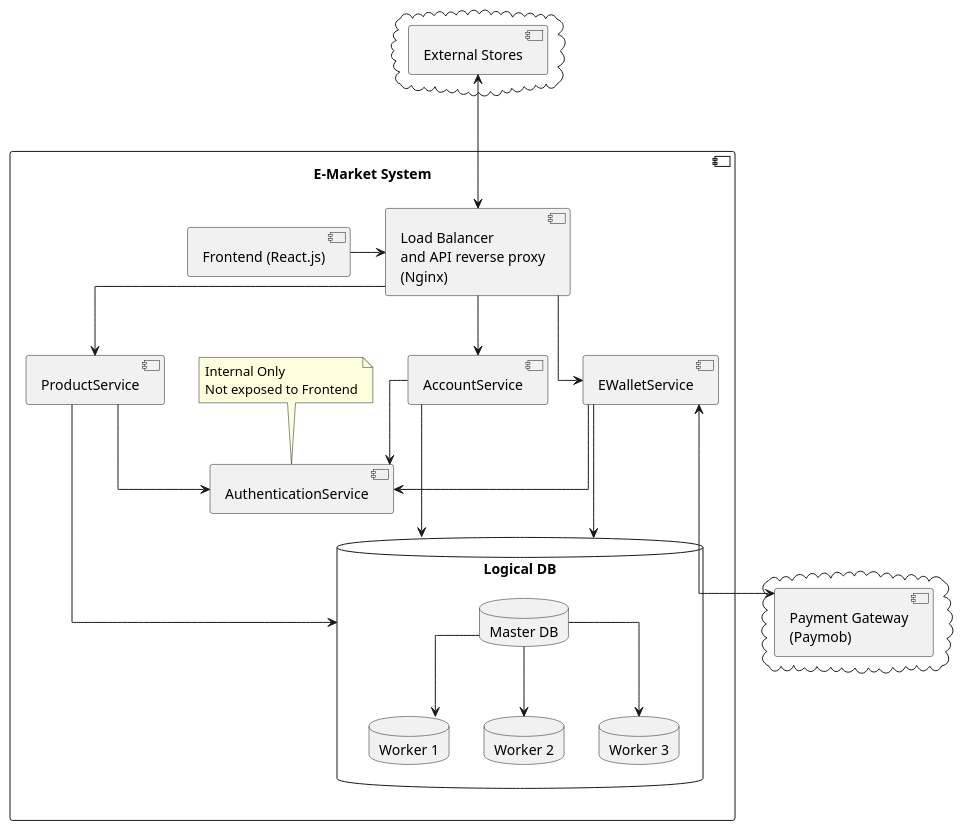
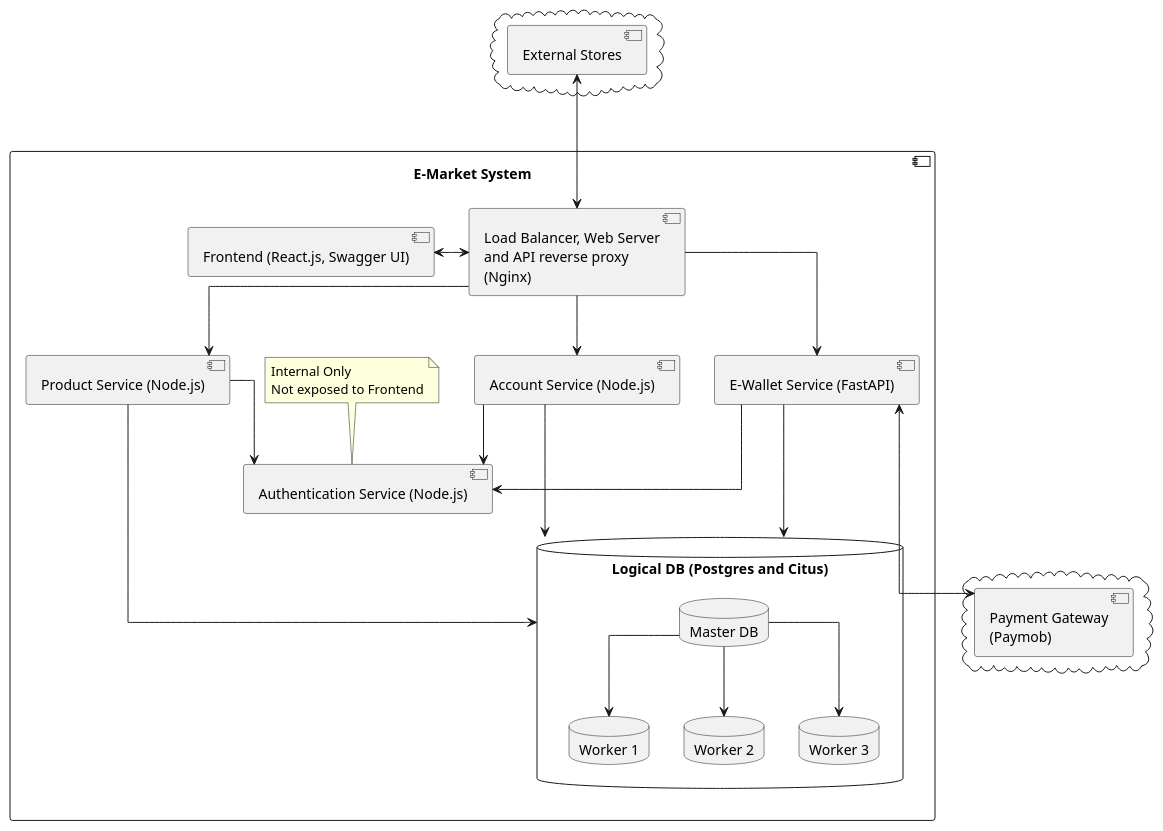
Before and after one commit to AhmedSaid3617/e-market-system: the diagram in docs/architecture.md, drawn with PlantUML. The commit also changed 4 other files, not shown here.

Commit message:
Refactor API documentation and architecture to support E-Market System integration

````diff
--- a/docs/architecture.md
+++ b/docs/architecture.md
@@ -3,67 +3,67 @@
 ```plantuml
 @startuml
 skinparam linetype ortho
 
 cloud {
     component "External Stores" as ExternalStores
 }
 
 cloud {
 ' Define external services
 component "Payment Gateway\n(Paymob)" as PaymentGateway
 }
 
 component "E-Market System\n" {
 ' Define front-end
-component "Frontend (React.js)" as Frontend
+component "Frontend (React.js, Swagger UI)" as Frontend
 
 ' Define load balancer
-component "Load Balancer\nand API reverse proxy\n(Nginx)" as LB
+component "Load Balancer, Web Server\nand API reverse proxy\n(Nginx)" as LB
 
 ' Define services
-component "AccountService" as AccountService
-component "ProductService" as ProductService
-component "EWalletService" as TransactionService
-component "AuthenticationService" as AuthService
+component "Account Service (Node.js)" as AccountService
+component "Product Service (Node.js)" as ProductService
+component "E-Wallet Service (FastAPI)" as TransactionService
+component "Authentication Service (Node.js)" as AuthService
 
 ' Define DB cluster
-database "Logical DB" as DB {
+database "Logical DB (Postgres and Citus)" as DB {
     database "Master DB" as MasterDB
     database "Worker 1" as W1
     database "Worker 2" as W2
     database "Worker 3" as W3
 }
 
 ' Define DB cluster connections
 MasterDB --> W1
 MasterDB --> W2
 MasterDB --> W3
 
 ' Connections from Frontend
-Frontend -> LB
+Frontend <-> LB
 
 ' Load balancer routes to services
 LB --> AccountService
 LB --> ProductService
 LB --> TransactionService
 
 ' Internal services call AuthenticationService
 AccountService --> AuthService
 ProductService --> AuthService
 TransactionService --> AuthService
 
 note top of AuthService
   Internal Only
   Not exposed to Frontend
 end note
 
 ' All services connect to DB cluster
 AccountService ---> DB
 ProductService ---> DB
 TransactionService ---> DB
 }
 
 TransactionService <---> PaymentGateway
 ExternalStores <---> LB
 @enduml
 ```
````
